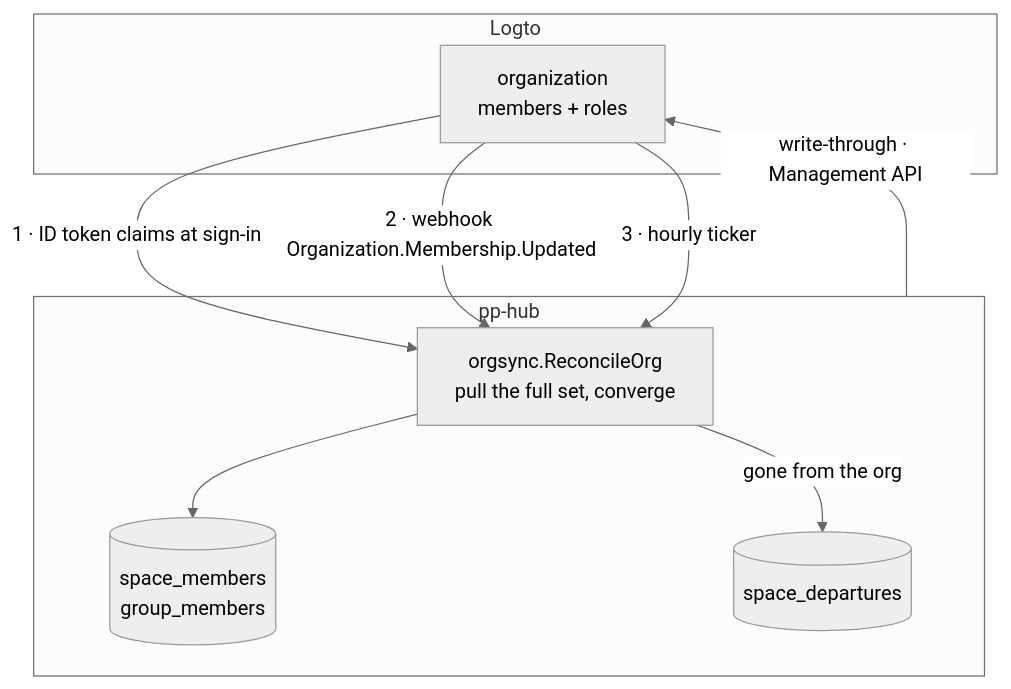
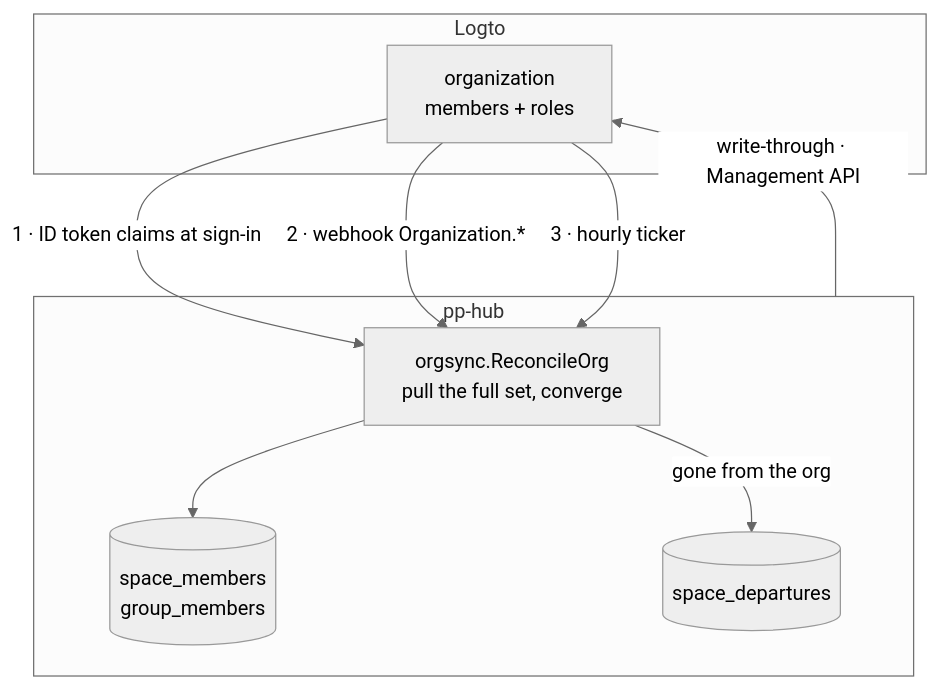
The diagram in docs/architecture/logto-org-sync.md (pp-techs/pp-hub), drawn with Mermaid (neutral theme) before and after one commit. The commit also changed other lines of this file and 55 other files, not shown here.

````diff
--- a/docs/architecture/logto-org-sync.md
+++ b/docs/architecture/logto-org-sync.md
@@ -51,18 +53,18 @@
 ```mermaid
 flowchart TB
     subgraph L["Logto"]
         ORG["organization<br/>members + roles"]
     end
     subgraph P["pp-hub"]
         REC["orgsync.ReconcileOrg<br/>pull the full set, converge"]
         SM[("space_members<br/>group_members")]
         DEP[("space_departures")]
     end
 
     ORG -->|"1 · ID token claims at sign-in"| REC
-    ORG -->|"2 · webhook Organization.Membership.Updated"| REC
+    ORG -->|"2 · webhook Organization.*"| REC
     ORG -->|"3 · hourly ticker"| REC
     REC --> SM
     REC -->|"gone from the org"| DEP
     P -->|"write-through · Management API"| ORG
 ```
````
